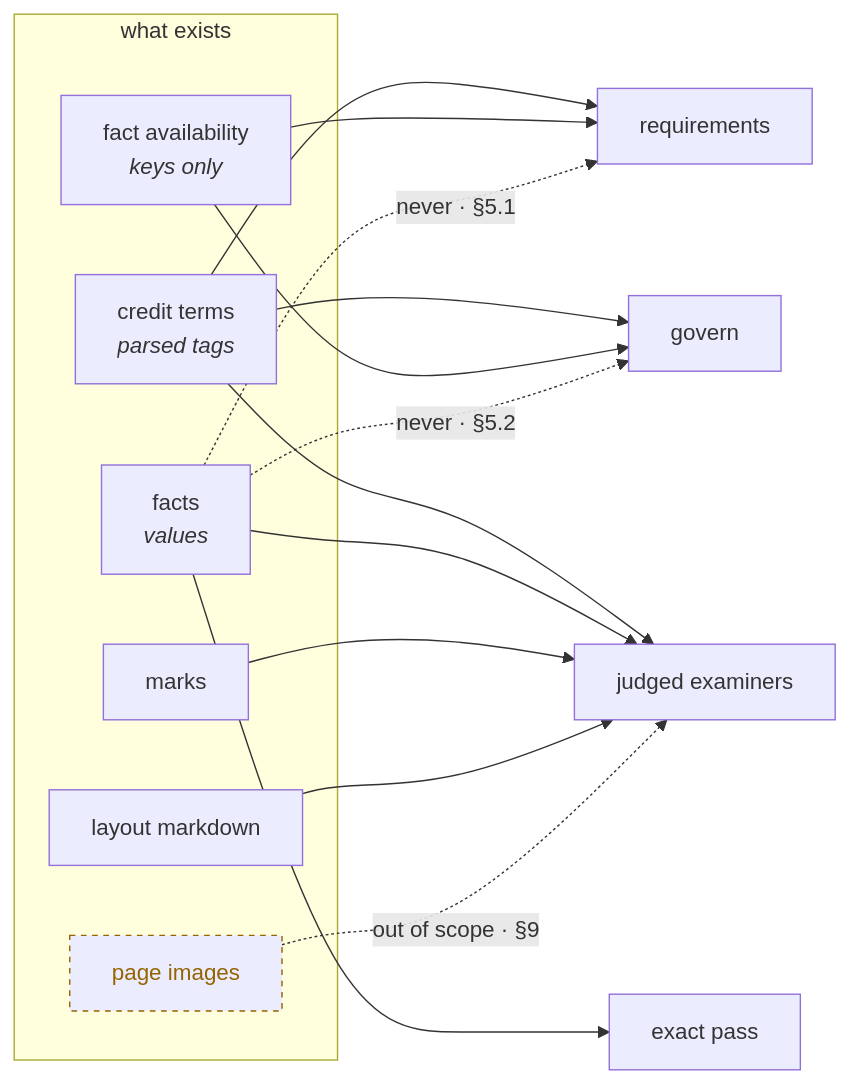
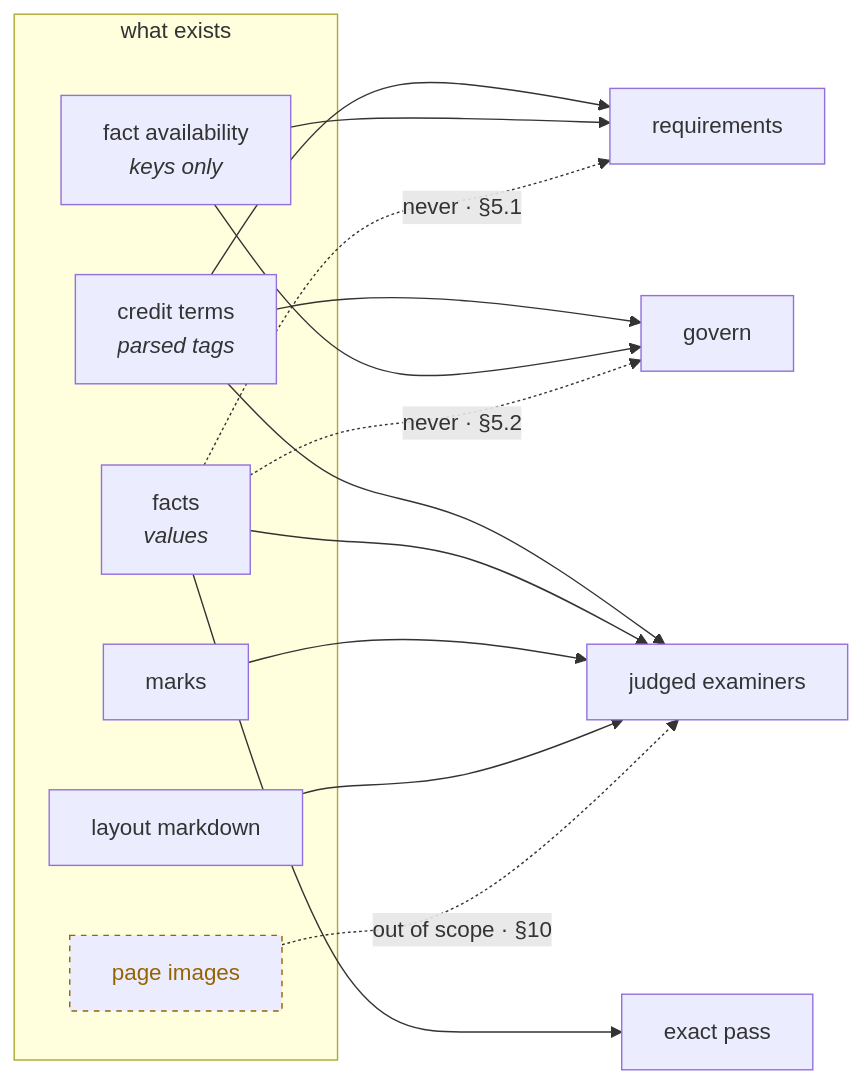
One commit to smile-rr/lc-multidoc-checker changed the fourth of 4 diagrams in docs/architecture/evidence-and-agents.md. Above: the diagram before and after it, drawn with Mermaid. The commit also changed other lines of this file and 1 other file, not shown here.

First line of the commit message:
docs(architecture): refine evidence and agents documentation for clarity and accuracy

````diff
--- a/docs/architecture/evidence-and-agents.md
+++ b/docs/architecture/evidence-and-agents.md
@@ -297,28 +588,28 @@
 ```mermaid
 flowchart LR
   subgraph SRC["what exists"]
     C["credit terms<br/><i>parsed tags</i>"]
     A["fact availability<br/><i>keys only</i>"]
     F["facts<br/><i>values</i>"]
     K["marks"]
     M["layout markdown"]
     I["page images"]
   end
 
   C --> R["requirements"]
   A --> R
   C --> G["govern"]
   A --> G
   F --> X["exact pass"]
   C --> J["judged examiners"]
   F --> J
   K --> J
   M --> J
 
-  I -.->|"out of scope · §9"| J
+  I -.->|"out of scope · §10"| J
   F -.->|"never · §5.1"| R
   F -.->|"never · §5.2"| G
 
   classDef no stroke-dasharray:4 4,color:#946400,stroke:#946400
   class I no
 ```
````
